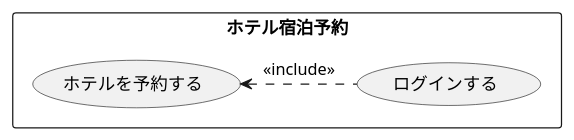
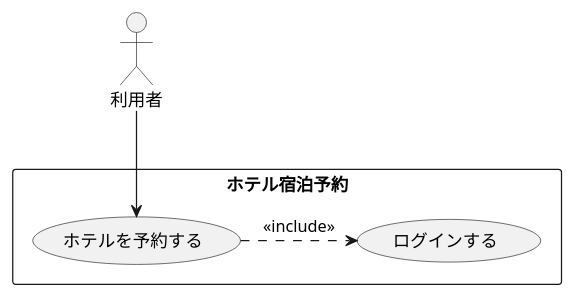
Before and after one commit to minowa-s/uml-intro: the diagram in 演習/演習2-3_ホテル宿泊予約.pu, drawn with PlantUML. The commit also changed 3 other files, not shown here.

```diff
--- a/演習/演習2-3_ホテル宿泊予約.pu
+++ b/演習/演習2-3_ホテル宿泊予約.pu
@@ -1,7 +1,9 @@
 @startuml ユースケース図
+actor 利用者
 rectangle ホテル宿泊予約{
     usecase ホテルを予約する
     usecase ログインする
 }
-ホテルを予約する <. ログインする : << include >>
+利用者 --> ホテルを予約する
+ホテルを予約する .> ログインする : << include >>
 @enduml
```
